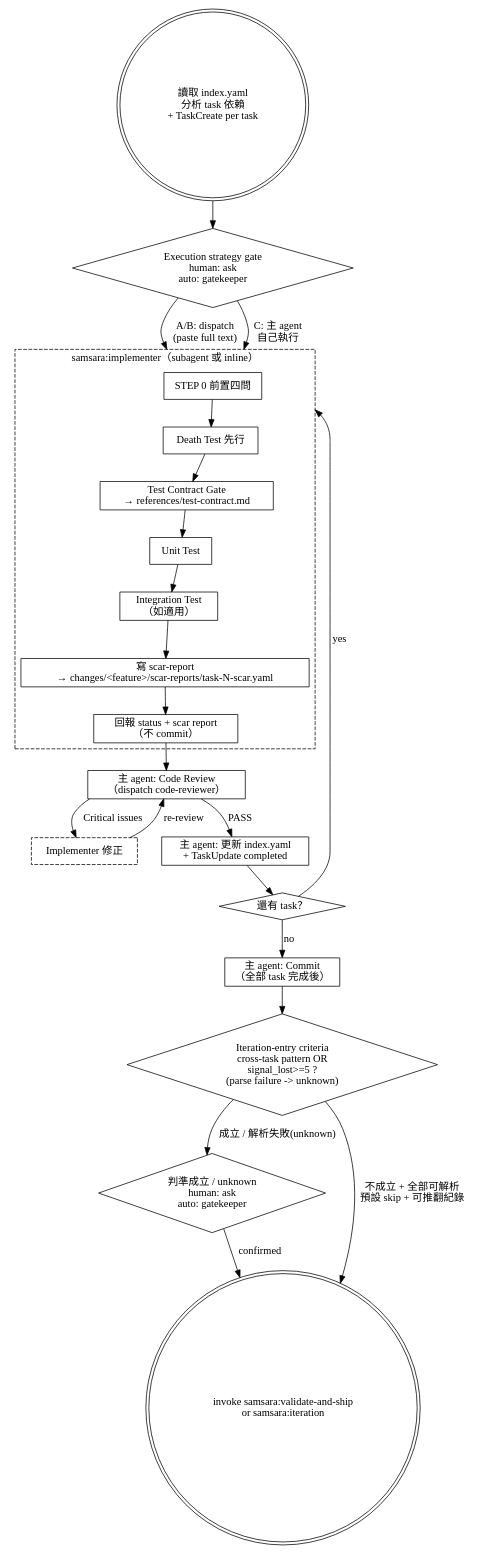
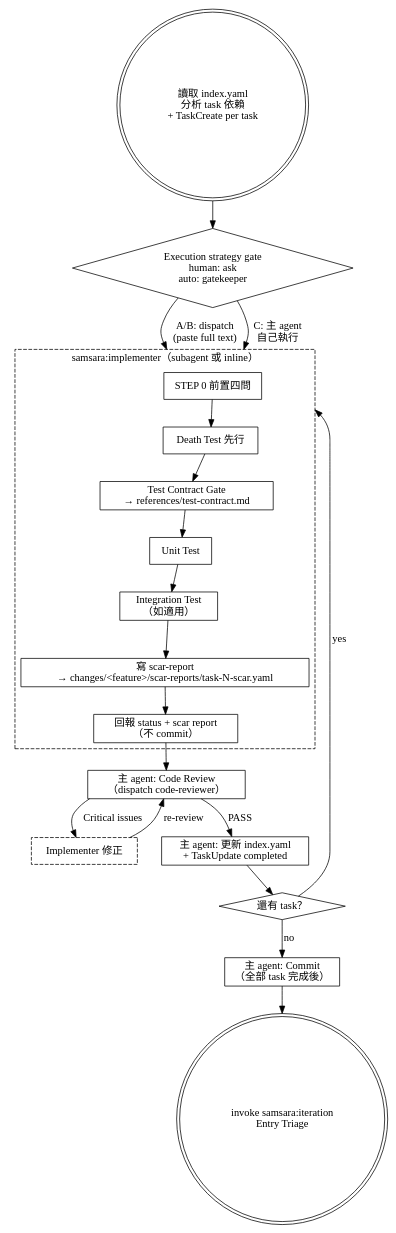
One commit to roymondliao/samsara changed the diagram in skills/implement/SKILL.md. Above: the diagram before and after it, drawn with Graphviz. The commit also changed other lines of this file and 24 other files, not shown here.

````diff
--- a/skills/implement/SKILL.md
+++ b/skills/implement/SKILL.md
@@ -21,53 +21,48 @@
 ```dot
 digraph implement {
     node [shape=box];
     compound=true;
 
     start [label="讀取 index.yaml\n分析 task 依賴\n+ TaskCreate per task" shape=doublecircle];
     mode [label="Execution strategy gate\nhuman: ask\nauto: gatekeeper" shape=diamond];
 
     subgraph cluster_implementer {
         label="samsara:implementer（subagent 或 inline）";
         style=dashed;
         step0 [label="STEP 0 前置四問"];
         death_test [label="Death Test 先行"];
         contract_gate [label="Test Contract Gate\n→ references/test-contract.md"];
         unit_test [label="Unit Test"];
         integration [label="Integration Test\n（如適用）"];
         scar [label="寫 scar-report\n→ changes/<feature>/scar-reports/task-N-scar.yaml"];
         report [label="回報 status + scar report\n（不 commit）"];
     }
 
     review [label="主 agent: Code Review\n（dispatch code-reviewer）"];
     fix [label="Implementer 修正" style=dashed];
     update [label="主 agent: 更新 index.yaml\n+ TaskUpdate completed"];
     more [label="還有 task？" shape=diamond];
     commit [label="主 agent: Commit\n（全部 task 完成後）"];
-    criteria [label="Iteration-entry criteria\ncross-task pattern OR\nsignal_lost>=5 ?\n(parse failure -> unknown)" shape=diamond];
-    gate [label="判準成立 / unknown\nhuman: ask\nauto: gatekeeper" shape=diamond];
-    next [label="invoke samsara:validate-and-ship\nor samsara:iteration" shape=doublecircle];
+    entry [label="invoke samsara:iteration\nEntry Triage" shape=doublecircle];
 
     start -> mode;
     mode -> step0 [label="A/B: dispatch\n(paste full text)" lhead=cluster_implementer];
     mode -> step0 [label="C: 主 agent\n自己執行" lhead=cluster_implementer];
 
     step0 -> death_test;
     death_test -> contract_gate;
     contract_gate -> unit_test;
     unit_test -> integration;
     integration -> scar;
     scar -> report;
 
     report -> review;
     review -> update [label="PASS"];
     review -> fix [label="Critical issues"];
     fix -> review [label="re-review"];
     update -> more;
     more -> step0 [label="yes" lhead=cluster_implementer];
     more -> commit [label="no"];
-    commit -> criteria;
-    criteria -> gate [label="成立 / 解析失敗(unknown)"];
-    criteria -> next [label="不成立 + 全部可解析\n預設 skip + 可推翻紀錄"];
-    gate -> next [label="confirmed"];
+    commit -> entry;
 }
 ```
````
